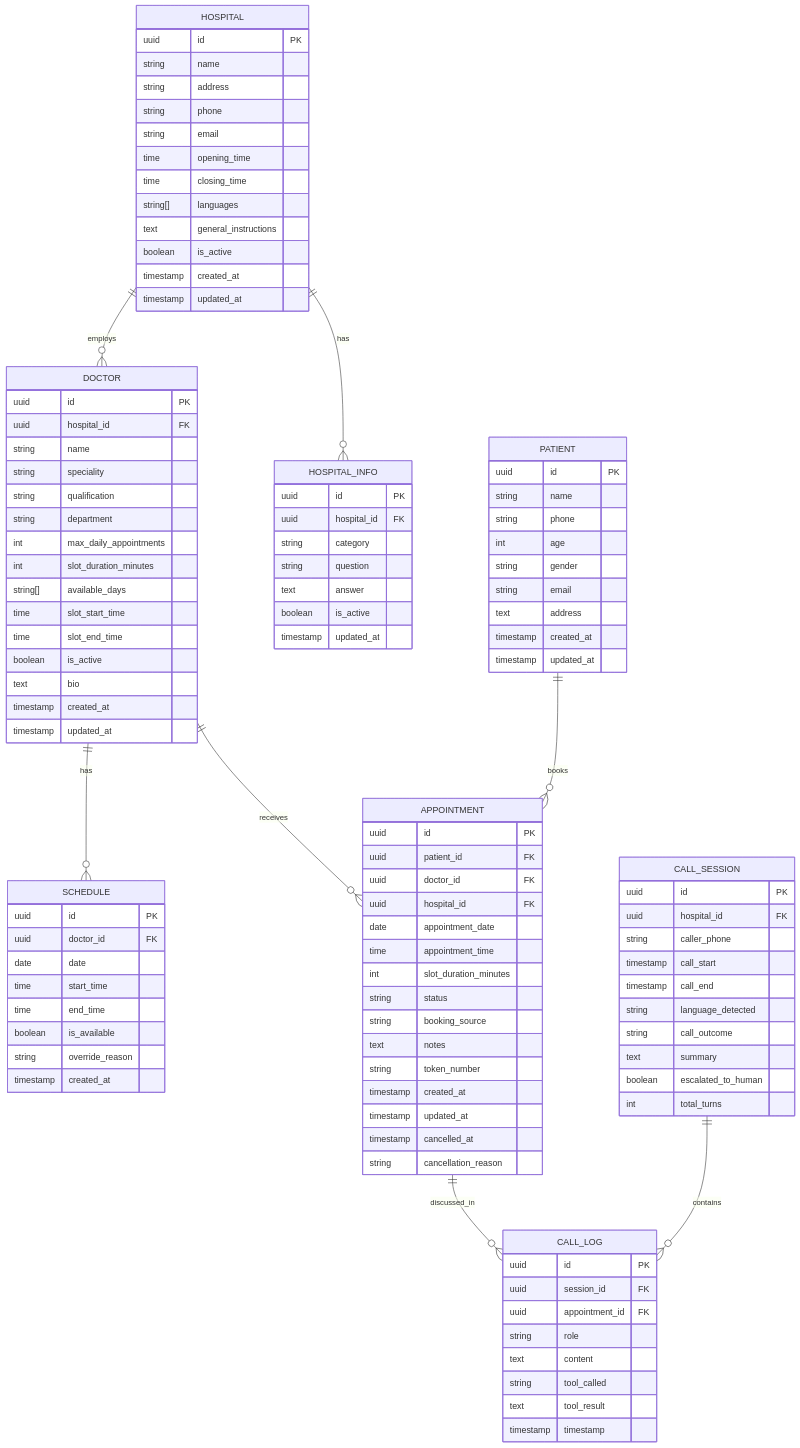
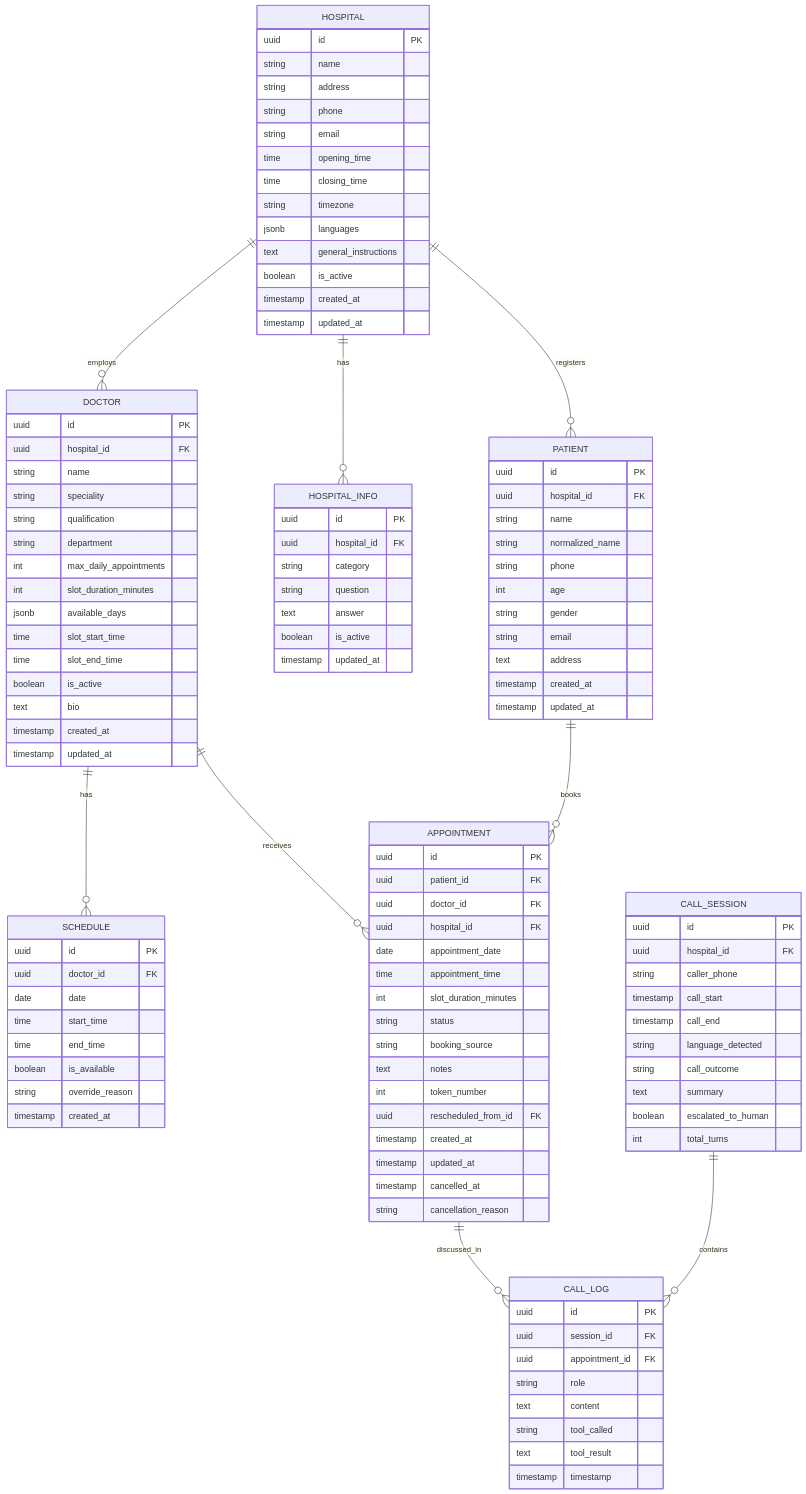
Before and after one commit to LokeshNehete119/MedNexa: the first of 2 diagrams in Plan.md, drawn with Mermaid. The commit also changed other lines of this file, not shown here.

```diff
--- a/Plan.md
+++ b/Plan.md
@@ -119,6 +120,7 @@
 erDiagram
     HOSPITAL ||--o{ DOCTOR : employs
     HOSPITAL ||--o{ HOSPITAL_INFO : has
+    HOSPITAL ||--o{ PATIENT : registers
     DOCTOR ||--o{ SCHEDULE : has
     DOCTOR ||--o{ APPOINTMENT : receives
     PATIENT ||--o{ APPOINTMENT : books
@@ -133,7 +135,8 @@
         string email
         time opening_time
         time closing_time
-        string[] languages
+        string timezone
+        jsonb languages
         text general_instructions
         boolean is_active
         timestamp created_at
@@ -159,7 +162,7 @@
         string department
         int max_daily_appointments
         int slot_duration_minutes
-        string[] available_days
+        jsonb available_days
         time slot_start_time
         time slot_end_time
         boolean is_active
@@ -181,7 +184,9 @@
 
     PATIENT {
         uuid id PK
+        uuid hospital_id FK
         string name
+        string normalized_name
         string phone
         int age
         string gender
@@ -202,7 +207,8 @@
         string status
         string booking_source
         text notes
-        string token_number
+        int token_number
+        uuid rescheduled_from_id FK
         timestamp created_at
         timestamp updated_at
         timestamp cancelled_at
```
